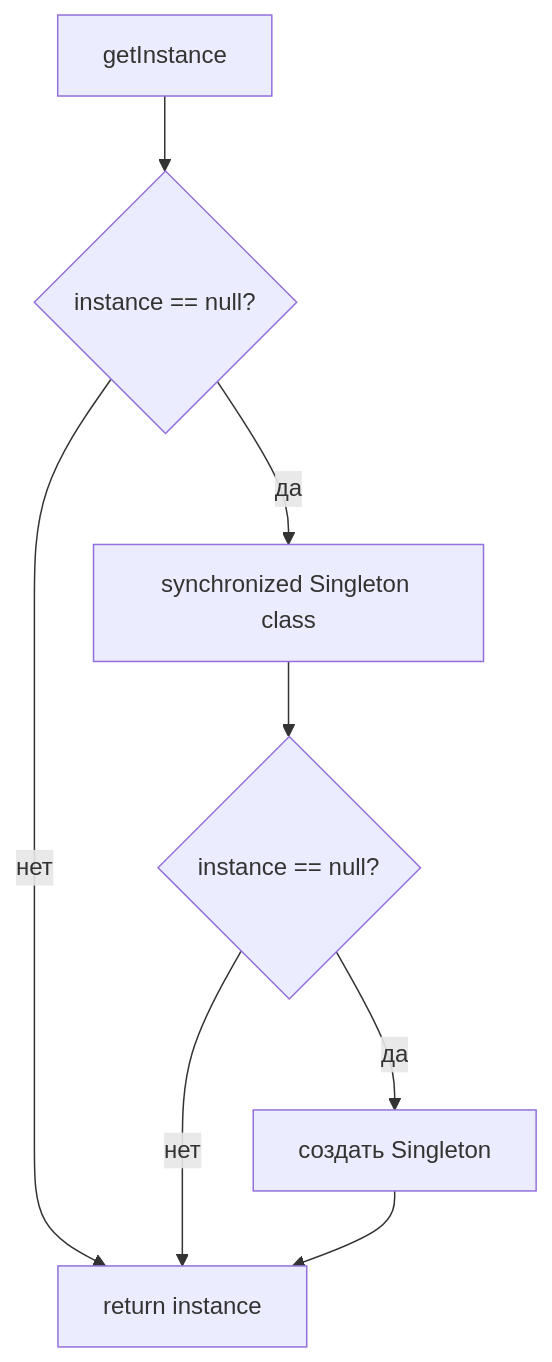
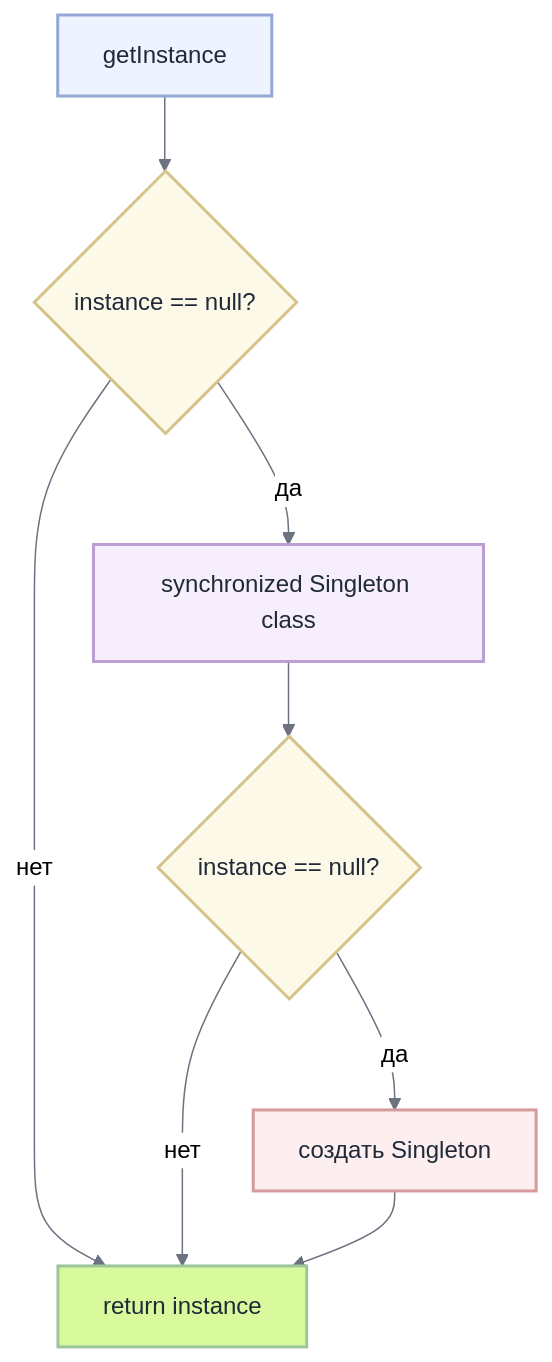
The fifth of 16 diagrams in docs/interview/design-patterns.md (MishaSytch/middle_java_back), drawn with Mermaid before and after one commit. The commit also changed other lines of this file and 15 other files, not shown here.

````diff
--- a/docs/interview/design-patterns.md
+++ b/docs/interview/design-patterns.md
@@ -102,10 +162,23 @@
 ```mermaid
+%%{init: { 'theme': 'neutral', 'themeVariables': { 'primaryColor': '#ffffff', 'primaryTextColor': '#1f2937', 'lineColor': '#6b7280', 'primaryBorderColor': '#d1d5db', 'secondaryColor': '#f3f4f6', 'tertiaryColor': '#e5e7eb' } } }%%
 flowchart TD
     A[getInstance] --> B{instance == null?}
     B -->|нет| R[return instance]
     B -->|да| C[synchronized Singleton class]
     C --> D{instance == null?}
     D -->|нет| R
     D -->|да| E[создать Singleton]
     E --> R
+    classDef n0 fill:#eef4ff,stroke:#93a8d4,stroke-width:2px,color:#1f2937
+    classDef n1 fill:#fdf9e8,stroke:#d4c38a,stroke-width:2px,color:#1f2937
+    classDef n2 fill:#f6eefa,stroke:#bb9ed4,stroke-width:2px,color:#1f2937
+    classDef n3 fill:#fdf9e8,stroke:#d4c38a,stroke-width:2px,color:#1f2937
+    classDef n4 fill:#fdeef0,stroke:#d49a9c,stroke-width:2px,color:#1f2937
+    classDef n5 fill:#d9f99d,stroke:#9dc49a,stroke-width:2px,color:#1f2937
+    class A n0
+    class B n1
+    class C n2
+    class D n3
+    class E n4
+    class R n5
 ```
````
